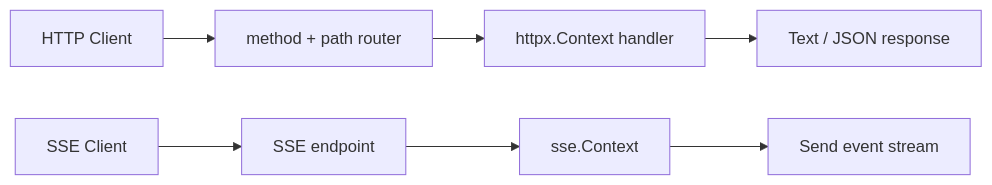
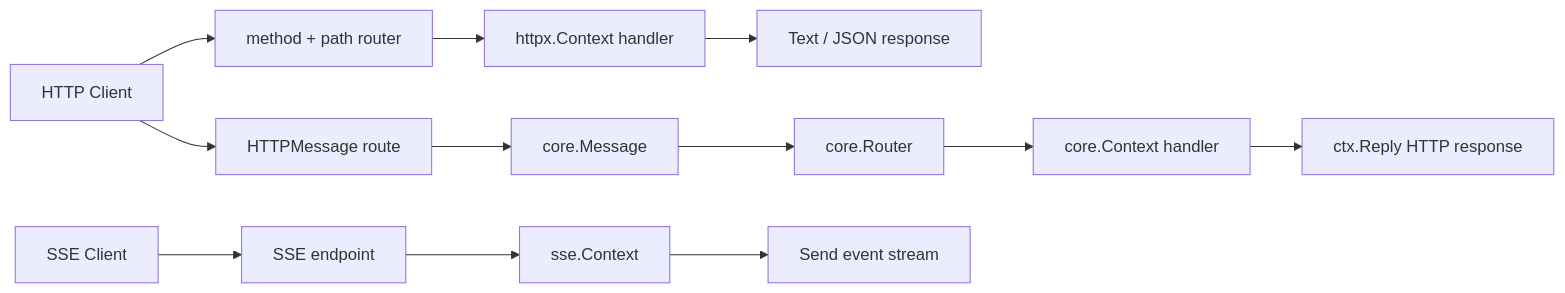
One commit to saramand9/kpro changed the third of 3 diagrams in README.md. Above: the diagram before and after it, drawn with Mermaid. The commit also changed other lines of this file and 27 other files, not shown here.

````diff
--- a/README.md
+++ b/README.md
@@ -122,10 +124,16 @@
 ```mermaid
 flowchart LR
     HTTPClient[HTTP Client] --> HTTPRouter[method + path router]
     HTTPRouter --> HTTPHandler[httpx.Context handler]
     HTTPHandler --> HTTPResponse[Text / JSON response]
 
+    HTTPClient --> HTTPMessage[HTTPMessage route]
+    HTTPMessage --> CoreMessage[core.Message]
+    CoreMessage --> CoreRouter[core.Router]
+    CoreRouter --> CoreHandler[core.Context handler]
+    CoreHandler --> MessageResponse[ctx.Reply HTTP response]
+
     SSEClient[SSE Client] --> SSEEndpoint[SSE endpoint]
     SSEEndpoint --> SSEContext[sse.Context]
     SSEContext --> Events[Send event stream]
 ```
````
